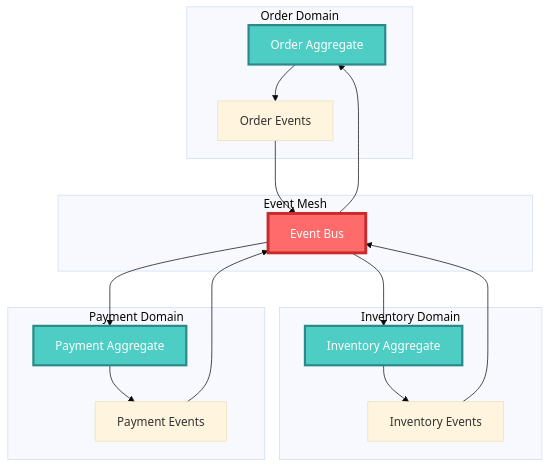
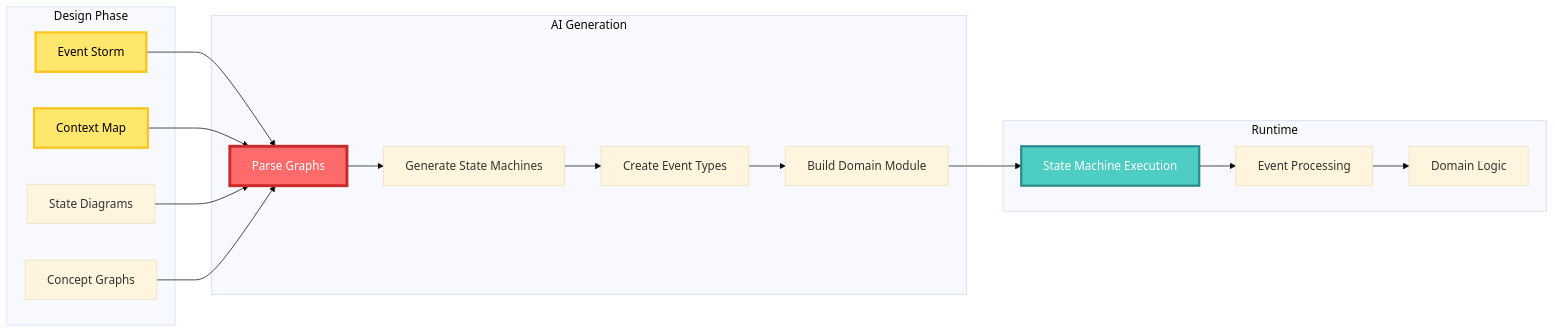
The third of 9 diagrams in doc/architecture-deep-dive.md (TheCowboyAI/cim), drawn with Mermaid (base theme) before and after one commit. The commit also changed other lines of this file and 1 other file, not shown here.

First line of the commit message:
Complete documentation revision for visual-first architecture

````diff
--- a/doc/architecture-deep-dive.md
+++ b/doc/architecture-deep-dive.md
@@ -295,40 +250,41 @@
 ```mermaid
-graph TB
-    subgraph "Order Domain"
-        O1[Order Aggregate]
-        O2[Order Events]
+graph LR
+    subgraph "Design Phase"
+        E1[Event Storm]
+        E2[Context Map]
+        E3[State Diagrams]
+        E4[Concept Graphs]
     end
     
-    subgraph "Inventory Domain"
-        I1[Inventory Aggregate]
-        I2[Inventory Events]
+    subgraph "AI Generation"
+        A1[Parse Graphs]
+        A2[Generate State Machines]
+        A3[Create Event Types]
+        A4[Build Domain Module]
     end
     
-    subgraph "Payment Domain"
-        P1[Payment Aggregate]
-        P2[Payment Events]
+    subgraph "Runtime"
+        R1[State Machine Execution]
+        R2[Event Processing]
+        R3[Domain Logic]
     end
     
-    subgraph "Event Mesh"
-        E[Event Bus]
-    end
+    E1 --> A1
+    E2 --> A1
+    E3 --> A1
+    E4 --> A1
     
-    O1 --> O2
-    O2 --> E
+    A1 --> A2
+    A2 --> A3
+    A3 --> A4
     
-    I1 --> I2
-    I2 --> E
-    
-    P1 --> P2
-    P2 --> E
-    
-    E --> O1
-    E --> I1
-    E --> P1
+    A4 --> R1
+    R1 --> R2
+    R2 --> R3
     
     %% Styling
-    style O1 fill:#4ECDC4,stroke:#2B8A89,stroke-width:3px,color:#FFF
-    style I1 fill:#4ECDC4,stroke:#2B8A89,stroke-width:3px,color:#FFF
-    style P1 fill:#4ECDC4,stroke:#2B8A89,stroke-width:3px,color:#FFF
-    style E fill:#FF6B6B,stroke:#C92A2A,stroke-width:4px,color:#FFF
+    style E1 fill:#FFE66D,stroke:#FCC419,stroke-width:3px,color:#000
+    style E2 fill:#FFE66D,stroke:#FCC419,stroke-width:3px,color:#000
+    style A1 fill:#FF6B6B,stroke:#C92A2A,stroke-width:4px,color:#FFF
+    style R1 fill:#4ECDC4,stroke:#2B8A89,stroke-width:3px,color:#FFF
 ```
````
